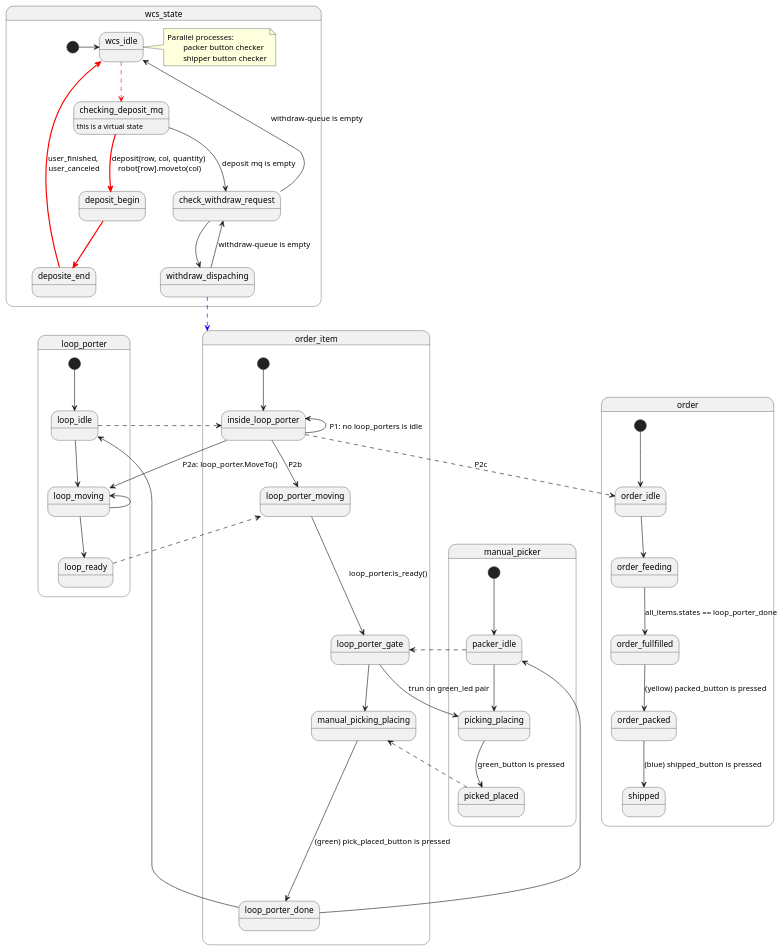
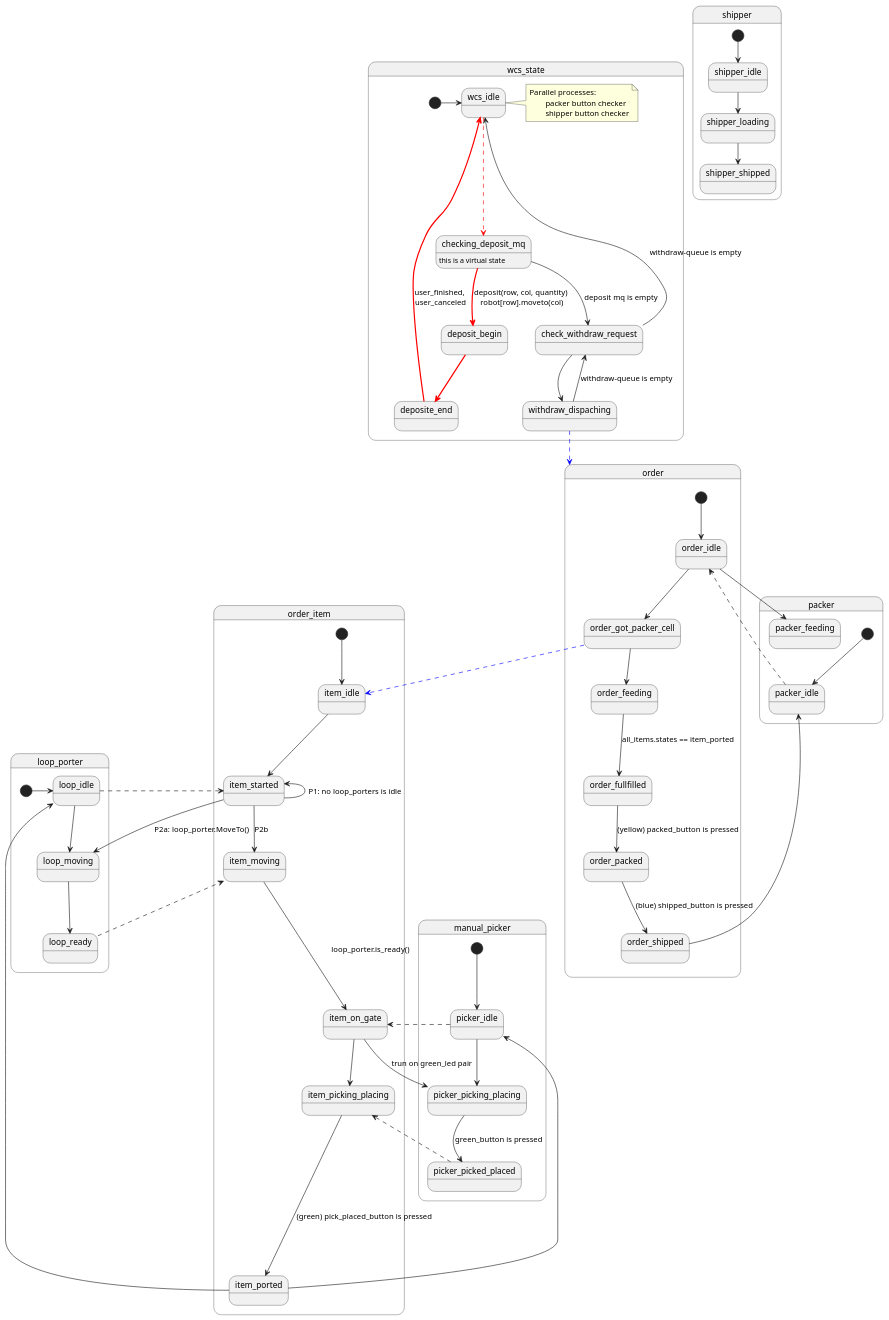
The diagram in apps/port1234/twh_wcs/docs/wcs_looper_manual_packer_ver2.puml (voicevon/gobot_front), drawn with PlantUML before and after one commit. The commit also changed 8 other files, not shown here.

```diff
--- a/apps/port1234/twh_wcs/docs/wcs_looper_manual_packer_ver2.puml
+++ b/apps/port1234/twh_wcs/docs/wcs_looper_manual_packer_ver2.puml
@@ -1,76 +1,90 @@
 @startuml
 
 
 
 state order_item{
-	[*] --> inside_loop_porter
-	inside_loop_porter <-- inside_loop_porter:  P1: no loop_porters is idle
-	inside_loop_porter --> loop_porter_moving: P2b
-    loop_porter_moving ---> loop_porter_gate: loop_porter.is_ready()
-	loop_porter_gate --> manual_picking_placing
-    manual_picking_placing ----> loop_porter_done: (green) pick_placed_button is pressed
+	[*] --> item_idle
+	item_idle --> item_started
+	item_started <-- item_started:  P1: no loop_porters is idle
+	item_started --> item_moving: P2b
+    item_moving ---> item_on_gate: loop_porter.is_ready()
+	item_on_gate --> item_picking_placing
+    item_picking_placing ----> item_ported: (green) pick_placed_button is pressed
 }
 
 state order{
 	[*] --> order_idle
-	order_idle --> order_feeding
-	order_feeding --> order_fullfilled:  all_items.states == loop_porter_done
+	order_idle --> order_got_packer_cell
+	order_got_packer_cell --> order_feeding
+	order_feeding --> order_fullfilled:  all_items.states == item_ported
 	order_fullfilled --> order_packed: (yellow) packed_button is pressed
-	order_packed -->shipped:  (blue) shipped_button is pressed
+	order_packed -->order_shipped:  (blue) shipped_button is pressed
+}
+state packer{
+	[*] --> packer_idle
+	state packer_feeding
+}
+packer_idle -[dashed]-> order_idle
+order_idle --> packer_feeding
+order_shipped --> packer_idle
+order_got_packer_cell -[#blue,dashed]-> item_idle
 
-}
-inside_loop_porter -[dashed]->  order_idle: P2c
 
 state loop_porter {
-	[*] --> loop_idle 
+	[*] -> loop_idle 
 	loop_idle --> loop_moving
-	loop_moving <-- loop_moving
 	loop_moving --> loop_ready
 }
-loop_idle -[dashed]---> inside_loop_porter
-inside_loop_porter --> loop_moving: P2a: loop_porter.MoveTo()
-loop_ready -[dashed]-> loop_porter_moving
+loop_idle -[dashed]---> item_started
+item_started --> loop_moving: P2a: loop_porter.MoveTo()
+loop_ready -[dashed]-> item_moving
 
 
 state manual_picker{
-	[*] --> packer_idle
-	packer_idle --> picking_placing
-	picking_placing --> picked_placed: green_button is pressed
+	[*] --> picker_idle
+	picker_idle --> picker_picking_placing
+	picker_picking_placing --> picker_picked_placed: green_button is pressed
 	
 }
-packer_idle -[dashed]-> loop_porter_gate
-loop_porter_gate --> picking_placing: trun on green_led pair
-picked_placed -[dashed]-> manual_picking_placing
-loop_porter_done --> packer_idle
+picker_idle -[dashed]-> item_on_gate
+item_on_gate --> picker_picking_placing: trun on green_led pair
+picker_picked_placed -[dashed]-> item_picking_placing
+item_ported --> picker_idle
 
+state shipper{
+	[*] --> shipper_idle
+	shipper_idle --> shipper_loading
+	shipper_loading --> shipper_shipped
+
+}
 
 state wcs_state{
 	[*] -> wcs_idle
 	wcs_idle-[#red,dashed]-> checking_deposit_mq
 	checking_deposit_mq -[#red,bold]-> deposit_begin: deposit(row, col, quantity) \nrobot[row].moveto(col)
 	deposit_begin -[#red,bold]-> deposite_end
 	deposite_end -[#red,bold]->wcs_idle: user_finished, \nuser_canceled
 	checking_deposit_mq: this is a virtual state
 
 	checking_deposit_mq --> check_withdraw_request: deposit mq is empty
 	check_withdraw_request --> wcs_idle:  withdraw-queue is empty
 	check_withdraw_request --> withdraw_dispaching
 	withdraw_dispaching --> check_withdraw_request: withdraw-queue is empty
 
 	note right of wcs_idle
 	Parallel processes:
 		packer button checker
 		shipper button checker
 	end note
 }
 
-withdraw_dispaching -[#blue,dashed]-> order_item 
+withdraw_dispaching -[#blue,dashed]-> order
 
 
 
-loop_porter_done --> loop_idle
+item_ported --> loop_idle
 
 
 
 
 @enduml
```
